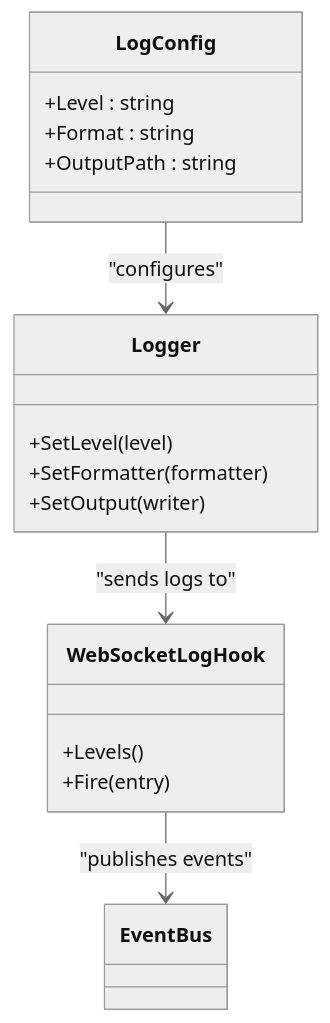
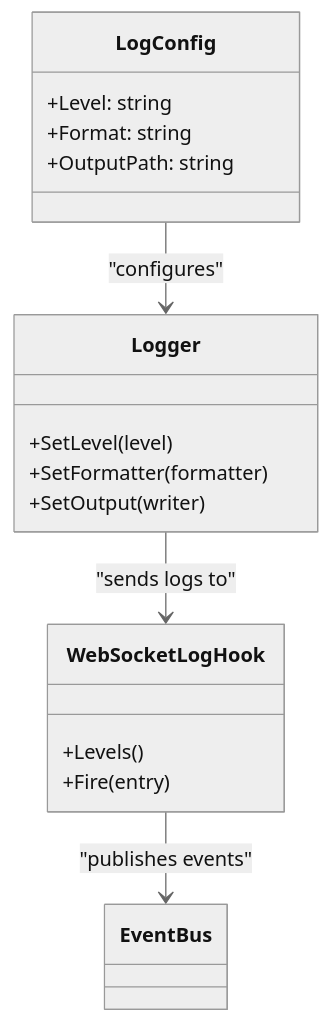
One commit to prxs-ai/praxis-go-sdk changed the fourth of 5 diagrams in docs/Deployment.md. Above: the diagram before and after it, drawn with Mermaid (neutral theme). The commit also changed other lines of this file and 33 other files, not shown here.

````diff
--- a/docs/Deployment.md
+++ b/docs/Deployment.md
@@ -124,20 +124,20 @@
 ```mermaid
 classDiagram
 class LogConfig {
-+Level : string
-+Format : string
-+OutputPath : string
++Level: string
++Format: string
++OutputPath: string
 }
 class Logger {
 +SetLevel(level)
 +SetFormatter(formatter)
 +SetOutput(writer)
 }
 class WebSocketLogHook {
 +Levels()
 +Fire(entry)
 }
-LogConfig --> Logger : "configures"
-Logger --> WebSocketLogHook : "sends logs to"
-WebSocketLogHook --> EventBus : "publishes events"
+LogConfig --> Logger: "configures"
+Logger --> WebSocketLogHook: "sends logs to"
+WebSocketLogHook --> EventBus: "publishes events"
 ```
````
